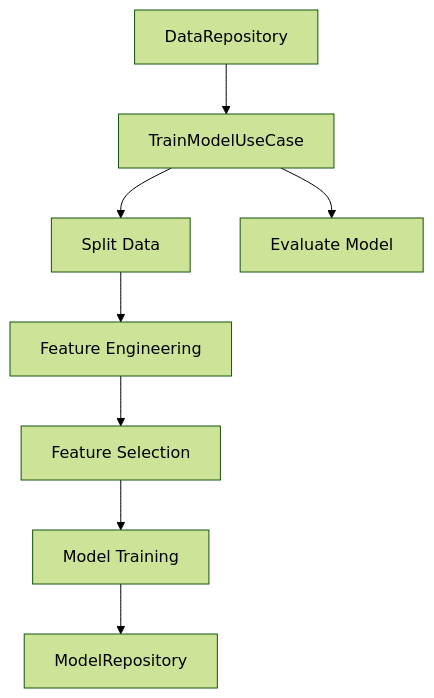
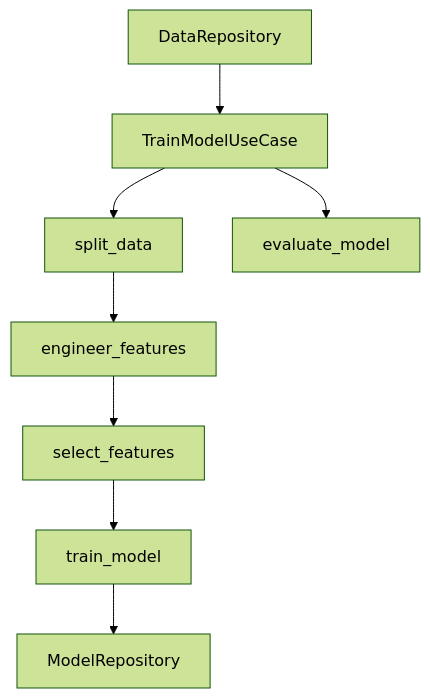
Before and after one commit to nervew/mlops_canvas: the diagram in docs/hex_pipeline.md, drawn with Mermaid (forest theme). The commit also changed 18 other files, not shown here.

````diff
--- a/docs/hex_pipeline.md
+++ b/docs/hex_pipeline.md
@@ -3,10 +3,10 @@
 ```mermaid
 flowchart TD
     A[DataRepository] --> B[TrainModelUseCase]
-    B --> C[Split Data]
-    C --> D[Feature Engineering]
-    D --> E[Feature Selection]
-    E --> F[Model Training]
+    B --> C[split_data]
+    C --> D[engineer_features]
+    D --> E[select_features]
+    E --> F[train_model]
     F --> G[ModelRepository]
-    B --> H[Evaluate Model]
+    B --> H[evaluate_model]
 ```
````
